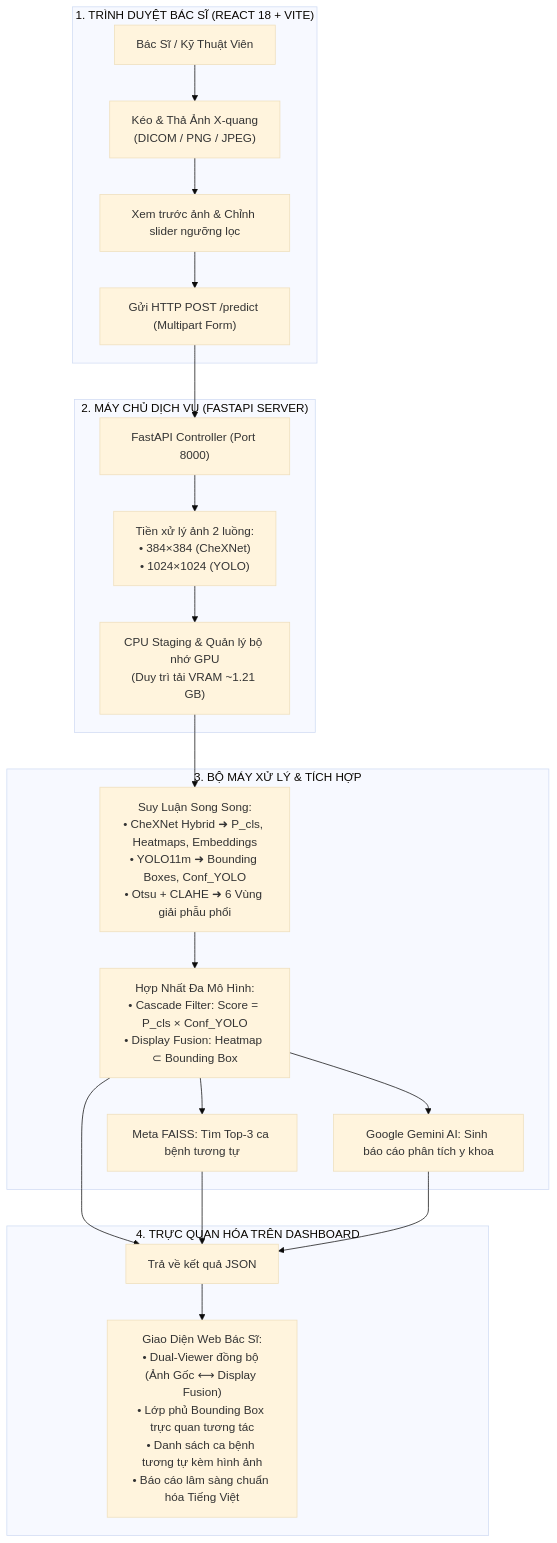
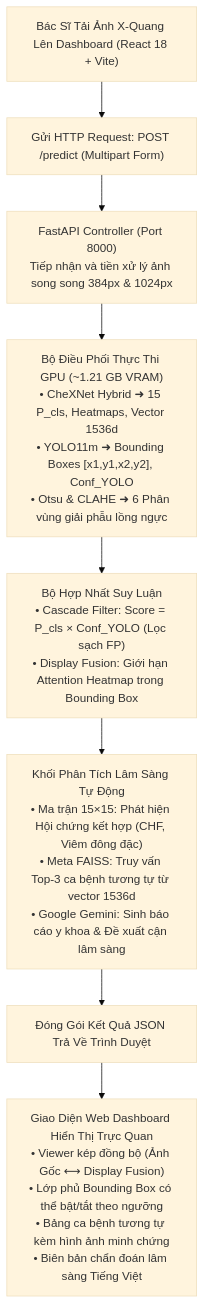
The fourth of 6 diagrams in README.md (lecuong2512/CheXNet), drawn with Mermaid (base theme) before and after one commit. The commit also changed other lines of this file, not shown here.

Commit message:
docs: redraw 6 modular flowcharts without crossing arrows and fix formula rendering

````diff
--- a/README.md
+++ b/README.md
@@ -321,26 +300,16 @@
 ```mermaid
 flowchart TB
-    subgraph CLIENT["1. TRÌNH DUYỆT BÁC SĨ (REACT 18 + VITE)"]
-        USER["Bác Sĩ / Kỹ Thuật Viên"] --> UPLOAD["Kéo & Thả Ảnh X-quang<br/>(DICOM / PNG / JPEG)"]
-        UPLOAD --> PREVIEW["Xem trước ảnh & Chỉnh slider ngưỡng lọc"]
-        PREVIEW --> API_CALL["Gửi HTTP POST /predict (Multipart Form)"]
-    end
+    UI_INPUT["Bác Sĩ Tải Ảnh X-Quang Lên Dashboard (React 18 + Vite)"] --> HTTP_REQ["Gửi HTTP Request: POST /predict (Multipart Form)"]
 
-    subgraph SERVER["2. MÁY CHỦ DỊCH VỤ (FASTAPI SERVER)"]
-        API_CALL --> ROUTE["FastAPI Controller (Port 8000)"]
-        ROUTE --> PREPROC["Tiền xử lý ảnh 2 luồng:<br/>• 384×384 (CheXNet)<br/>• 1024×1024 (YOLO)"]
-        PREPROC --> STAGING["CPU Staging & Quản lý bộ nhớ GPU<br/>(Duy trì tải VRAM ~1.21 GB)"]
-    end
+    HTTP_REQ --> FASTAPI["FastAPI Controller (Port 8000)<br/>Tiếp nhận và tiền xử lý ảnh song song 384px & 1024px"]
 
-    subgraph ENGINE["3. BỘ MÁY XỬ LÝ & TÍCH HỢP"]
-        STAGING --> INFER["Suy Luận Song Song:<br/>• CheXNet Hybrid ➜ P_cls, Heatmaps, Embeddings<br/>• YOLO11m ➜ Bounding Boxes, Conf_YOLO<br/>• Otsu + CLAHE ➜ 6 Vùng giải phẫu phổi"]
-        INFER --> FUSION_OP["Hợp Nhất Đa Mô Hình:<br/>• Cascade Filter: Score = P_cls × Conf_YOLO<br/>• Display Fusion: Heatmap ⊂ Bounding Box"]
-        FUSION_OP --> CBIR_OP["Meta FAISS: Tìm Top-3 ca bệnh tương tự"]
-        FUSION_OP --> GEMINI_OP["Google Gemini AI: Sinh báo cáo phân tích y khoa"]
-    end
+    FASTAPI --> GPU_EXEC["Bộ Điều Phối Thực Thi GPU (~1.21 GB VRAM)<br/>• CheXNet Hybrid ➜ 15 P_cls, Heatmaps, Vector 1536d<br/>• YOLO11m ➜ Bounding Boxes [x1,y1,x2,y2], Conf_YOLO<br/>• Otsu & CLAHE ➜ 6 Phân vùng giải phẫu lồng ngực"]
 
-    subgraph UI_RENDER["4. TRỰC QUAN HÓA TRÊN DASHBOARD"]
-        FUSION_OP & CBIR_OP & GEMINI_OP --> JSON_DATA["Trả về kết quả JSON"]
-        JSON_DATA --> DASHBOARD["Giao Diện Web Bác Sĩ:<br/>• Dual-Viewer đồng bộ (Ảnh Gốc ⟷ Display Fusion)<br/>• Lớp phủ Bounding Box trực quan tương tác<br/>• Danh sách ca bệnh tương tự kèm hình ảnh<br/>• Báo cáo lâm sàng chuẩn hóa Tiếng Việt"]
-    end
+    GPU_EXEC --> FUSION_CORE["Bộ Hợp Nhất Suy Luận<br/>• Cascade Filter: Score = P_cls × Conf_YOLO (Lọc sạch FP)<br/>• Display Fusion: Giới hạn Attention Heatmap trong Bounding Box"]
+
+    FUSION_CORE --> CLINICAL_CORE["Khối Phân Tích Lâm Sàng Tự Động<br/>• Ma trận 15×15: Phát hiện Hội chứng kết hợp (CHF, Viêm đông đặc)<br/>• Meta FAISS: Truy vấn Top-3 ca bệnh tương tự từ vector 1536d<br/>• Google Gemini: Sinh báo cáo y khoa & Đề xuất cận lâm sàng"]
+
+    CLINICAL_CORE --> JSON_OUT["Đóng Gói Kết Quả JSON Trả Về Trình Duyệt"]
+
+    JSON_OUT --> UI_VIEW["Giao Diện Web Dashboard Hiển Thị Trực Quan<br/>• Viewer kép đồng bộ (Ảnh Gốc ⟷ Display Fusion)<br/>• Lớp phủ Bounding Box có thể bật/tắt theo ngưỡng<br/>• Bảng ca bệnh tương tự kèm hình ảnh minh chứng<br/>• Biên bản chẩn đoán lâm sàng Tiếng Việt"]
 ```
````
